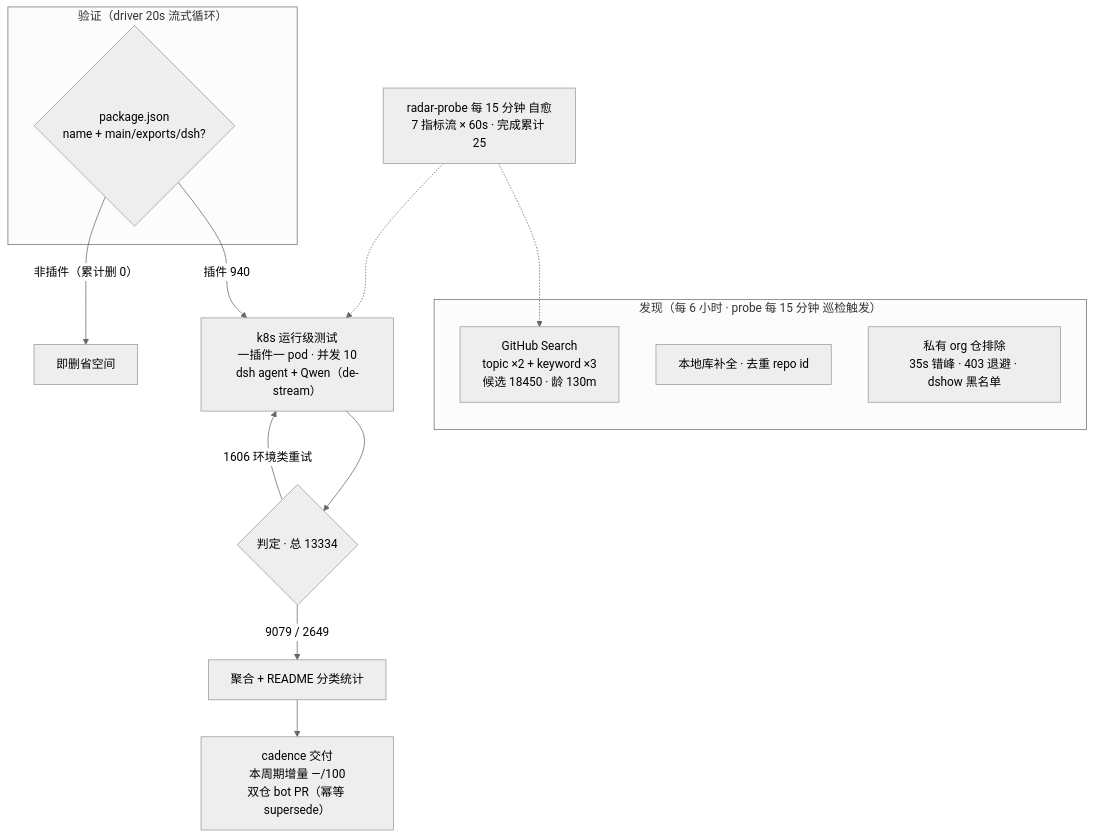
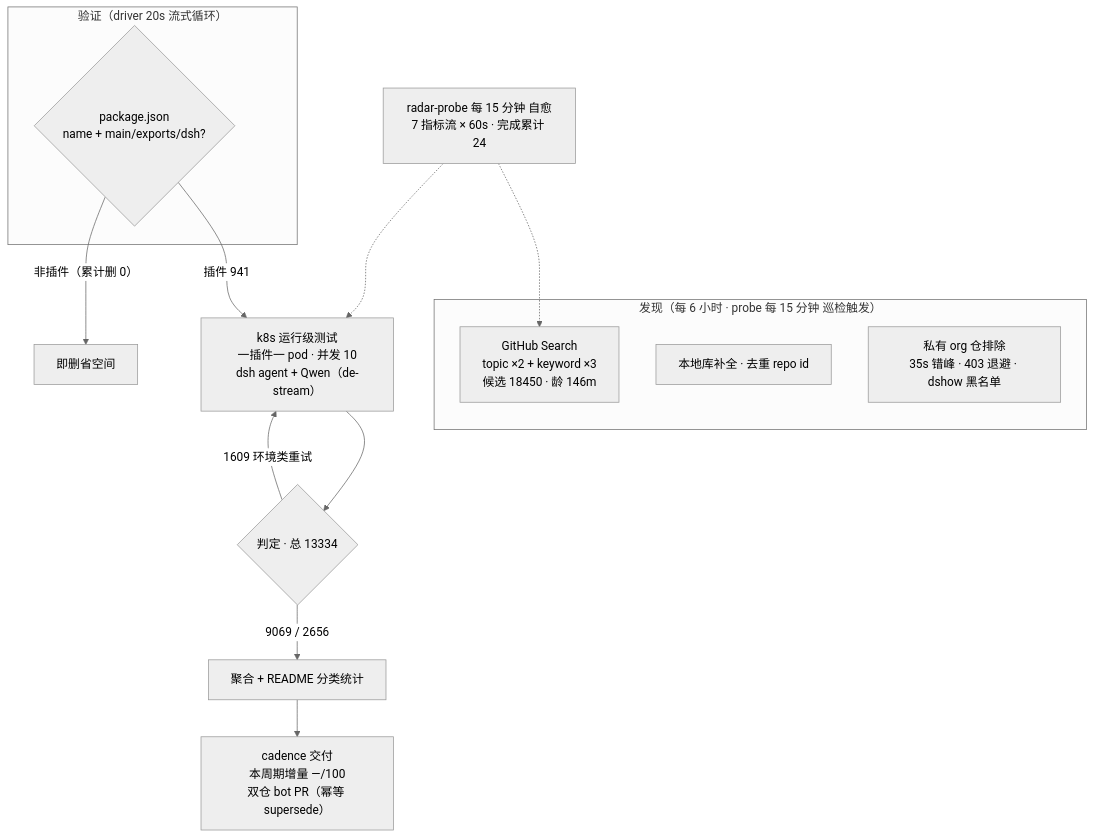
The diagram in README.md (AdamPlatin123/awesome-dsh-plugins), drawn with Mermaid (neutral theme) before and after one commit. The commit also changed other lines of this file and 10 other files, not shown here.

````diff
--- a/README.md
+++ b/README.md
@@ -52,20 +52,20 @@
 ```mermaid
 flowchart TB
     subgraph Discovery["发现（每 6 小时 · probe 每 15 分钟 巡检触发）"]
-        A1["GitHub Search<br/>topic ×2 + keyword ×3<br/>候选 18450 · 龄 130m"]
+        A1["GitHub Search<br/>topic ×2 + keyword ×3<br/>候选 18450 · 龄 146m"]
         A2["本地库补全 · 去重 repo id"]
         A3["私有 org 仓排除<br/>35s 错峰 · 403 退避 · dshow 黑名单"]
     end
     subgraph Validation["验证（driver 20s 流式循环）"]
         B1{"package.json<br/>name + main/exports/dsh?"}
     end
-    B1 -->|"插件 940"| C1["k8s 运行级测试<br/>一插件一 pod · 并发 10<br/>dsh agent + Qwen（de-stream）"]
+    B1 -->|"插件 941"| C1["k8s 运行级测试<br/>一插件一 pod · 并发 10<br/>dsh agent + Qwen（de-stream）"]
     B1 -->|"非插件（累计删 0）"| B3["即删省空间"]
     C1 --> D1{"判定 · 总 13334"}
-    D1 -->|"9079 / 2649"| E1["聚合 + README 分类统计"]
-    D1 -->|"1606 环境类重试"| C1
+    D1 -->|"9069 / 2656"| E1["聚合 + README 分类统计"]
+    D1 -->|"1609 环境类重试"| C1
     E1 --> E2["cadence 交付<br/>本周期增量 —/100<br/>双仓 bot PR（幂等 supersede）"]
-    M["radar-probe 每 15 分钟 自愈<br/>7 指标流 × 60s · 完成累计 25"]
+    M["radar-probe 每 15 分钟 自愈<br/>7 指标流 × 60s · 完成累计 24"]
     M -.-> A1
     M -.-> C1
 ```
````
